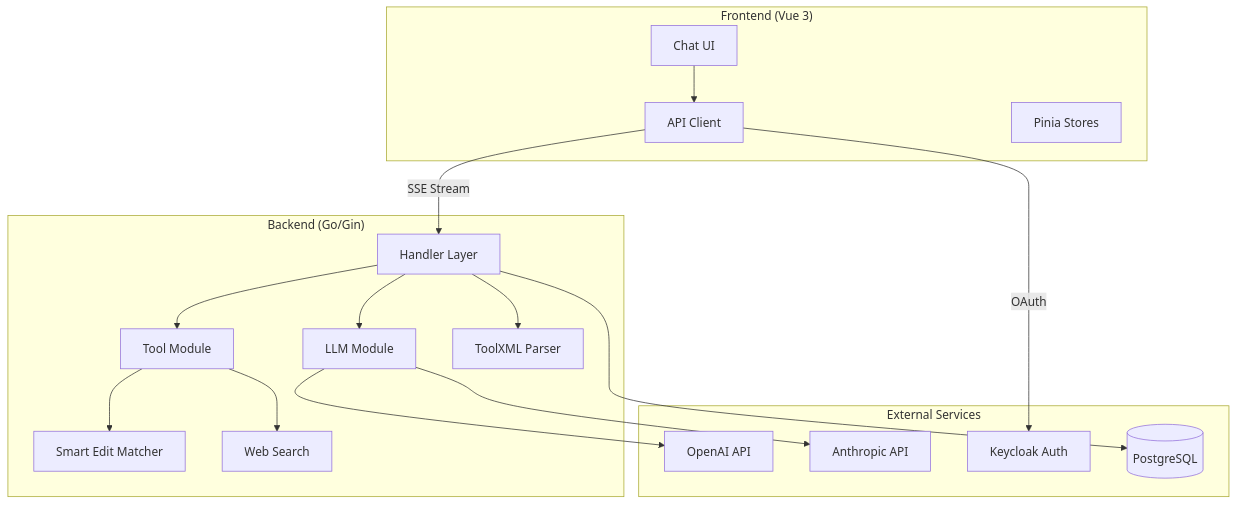
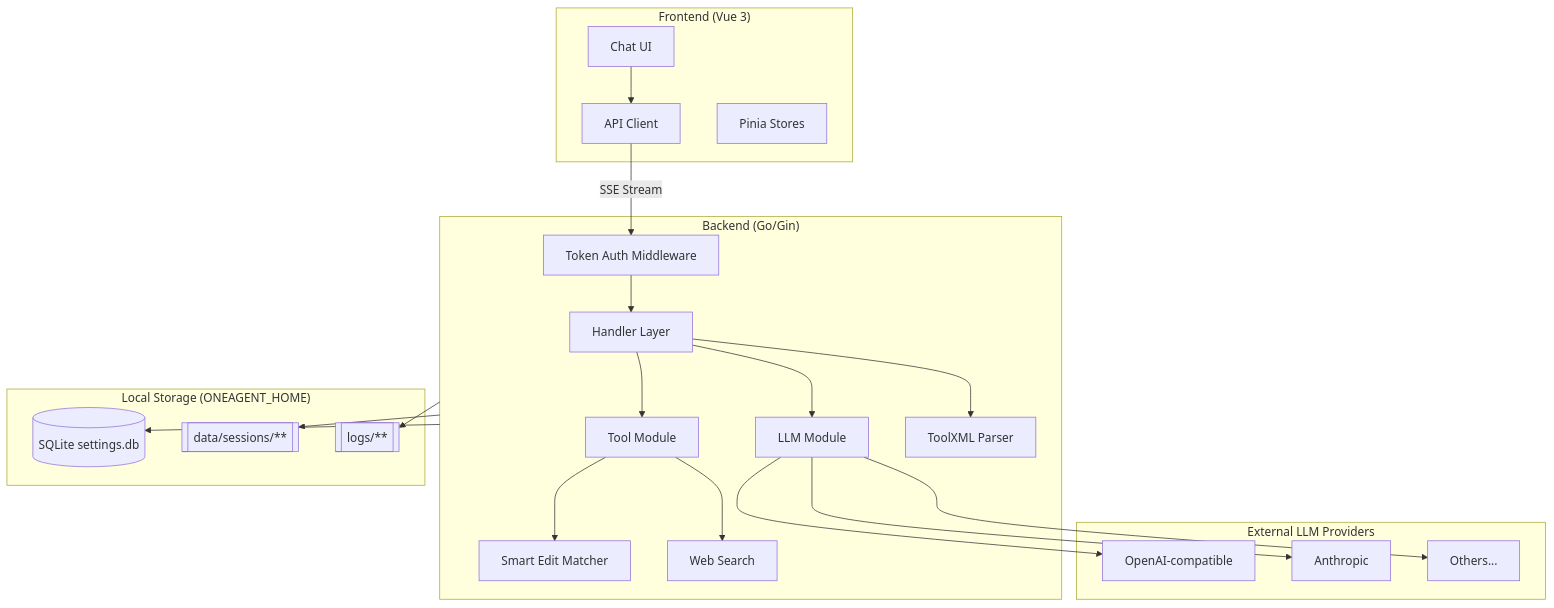
The first of 2 diagrams in docs/00-overview.md (LyleLiu666/oneAgent), drawn with Mermaid before and after one commit. The commit also changed other lines of this file and 42 other files, not shown here.

````diff
--- a/docs/00-overview.md
+++ b/docs/00-overview.md
@@ -9,36 +14,46 @@
 ```mermaid
 graph TB
     subgraph Frontend["Frontend (Vue 3)"]
         UI[Chat UI]
         API_Client[API Client]
         State[Pinia Stores]
     end
 
     subgraph Backend["Backend (Go/Gin)"]
         Handler[Handler Layer]
         LLM[LLM Module]
         Tool[Tool Module]
         ToolXML[ToolXML Parser]
         SBE[Smart Edit Matcher]
         Bocha[Web Search]
+        Auth[Token Auth Middleware]
     end
 
-    subgraph External["External Services"]
-        OpenAI[OpenAI API]
-        Anthropic[Anthropic API]
-        Keycloak[Keycloak Auth]
-        PG[(PostgreSQL)]
+    subgraph LocalStorage["Local Storage (ONEAGENT_HOME)"]
+        Settings[(SQLite settings.db)]
+        Sessions[[data/sessions/**]]
+        Logs[[logs/**]]
+    end
+
+    subgraph External["External LLM Providers"]
+        OpenAI[OpenAI-compatible]
+        Anthropic[Anthropic]
+        Other[Others...]
     end
 
     UI --> API_Client
-    API_Client -->|SSE Stream| Handler
+    API_Client -->|SSE Stream| Auth
+    Auth --> Handler
     Handler --> LLM
     LLM --> OpenAI
     LLM --> Anthropic
+    LLM --> Other
     Handler --> Tool
     Tool --> SBE
     Tool --> Bocha
     Handler --> ToolXML
-    Handler --> PG
-    API_Client -->|OAuth| Keycloak
+
+    Backend --> Settings
+    Backend --> Sessions
+    Backend --> Logs
 ```
````
